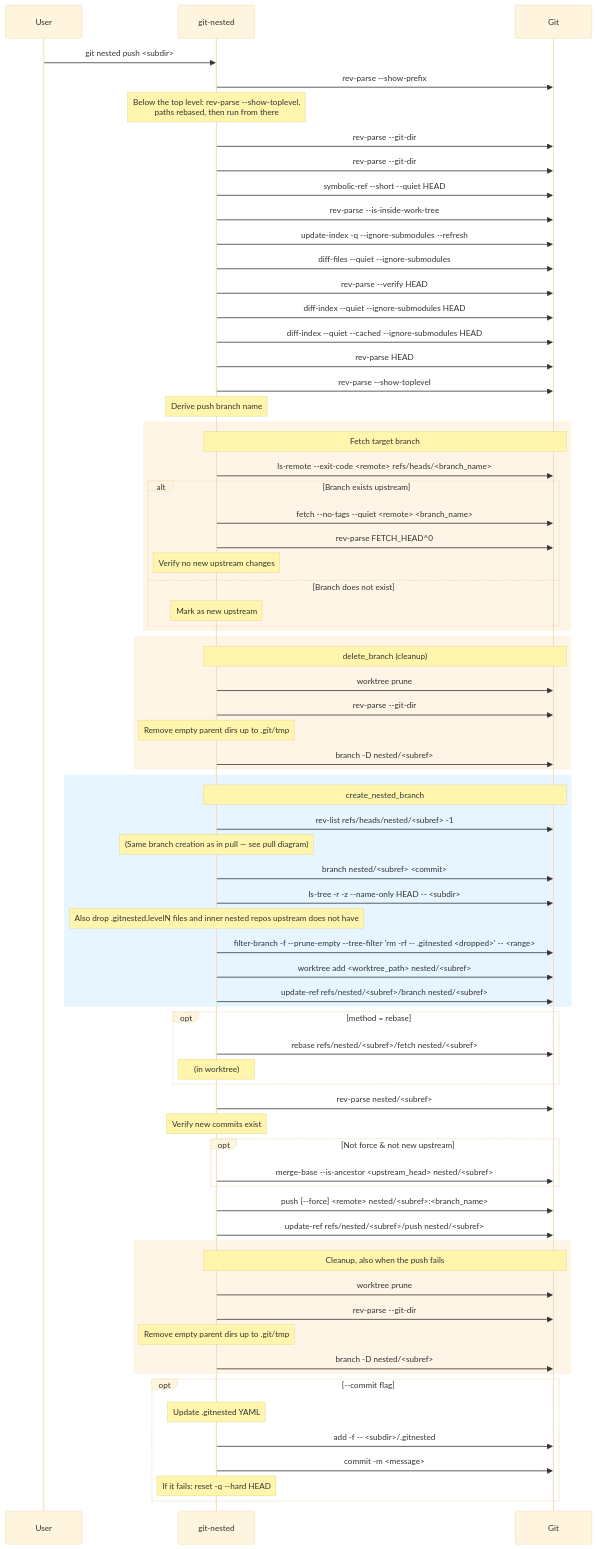
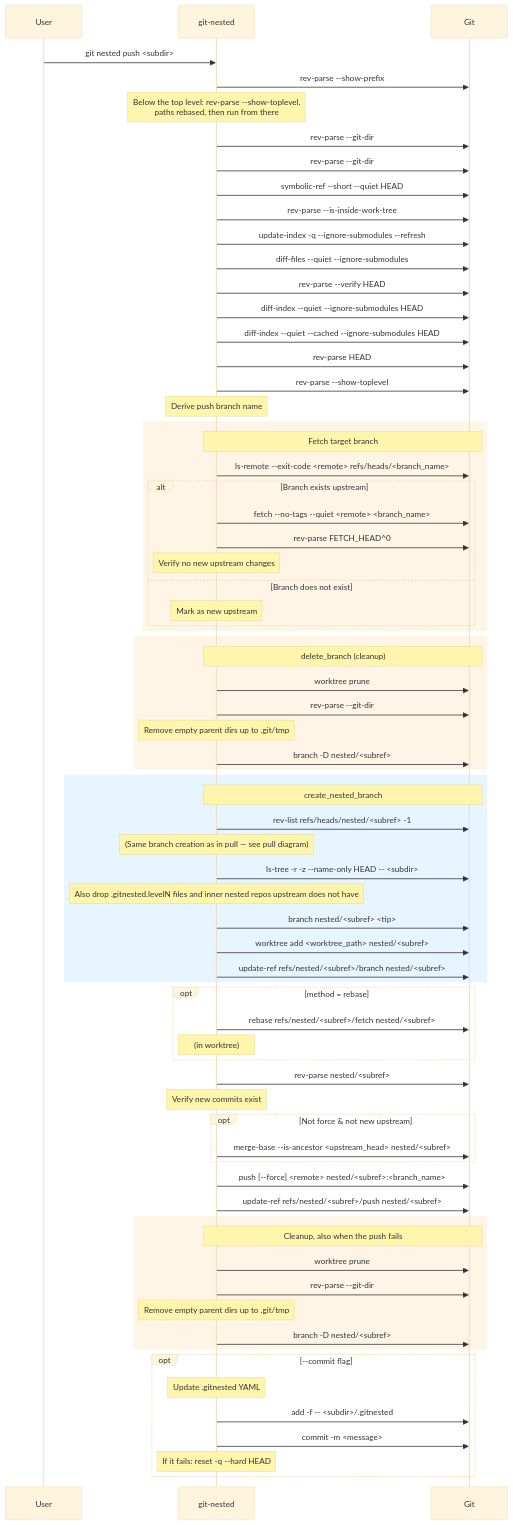
The fifth of 14 diagrams in docs/diagrams.md (thorsten-klein/git-nested), drawn with Mermaid (base theme) before and after one commit. The commit also changed other lines of this file and 4 other files, not shown here.

```diff
--- a/docs/diagrams.md
+++ b/docs/diagrams.md
@@ -280,10 +285,9 @@
         Note over git-nested,Git: create_nested_branch
         git-nested->>Git: rev-list refs/heads/nested/<subref> -1
         Note over git-nested: (Same branch creation as in pull — see pull diagram)
-        git-nested->>Git: branch nested/<subref> <commit>
         git-nested->>Git: ls-tree -r -z --name-only HEAD -- <subdir>
         Note over git-nested: Also drop .gitnested.levelN files and inner nested repos upstream does not have
-        git-nested->>Git: filter-branch -f --prune-empty --tree-filter 'rm -rf -- .gitnested <dropped>' -- <range>
+        git-nested->>Git: branch nested/<subref> <tip>
         git-nested->>Git: worktree add <worktree_path> nested/<subref>
         git-nested->>Git: update-ref refs/nested/<subref>/branch nested/<subref>
     end
```
